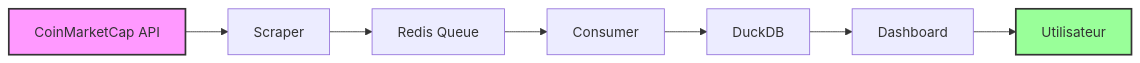
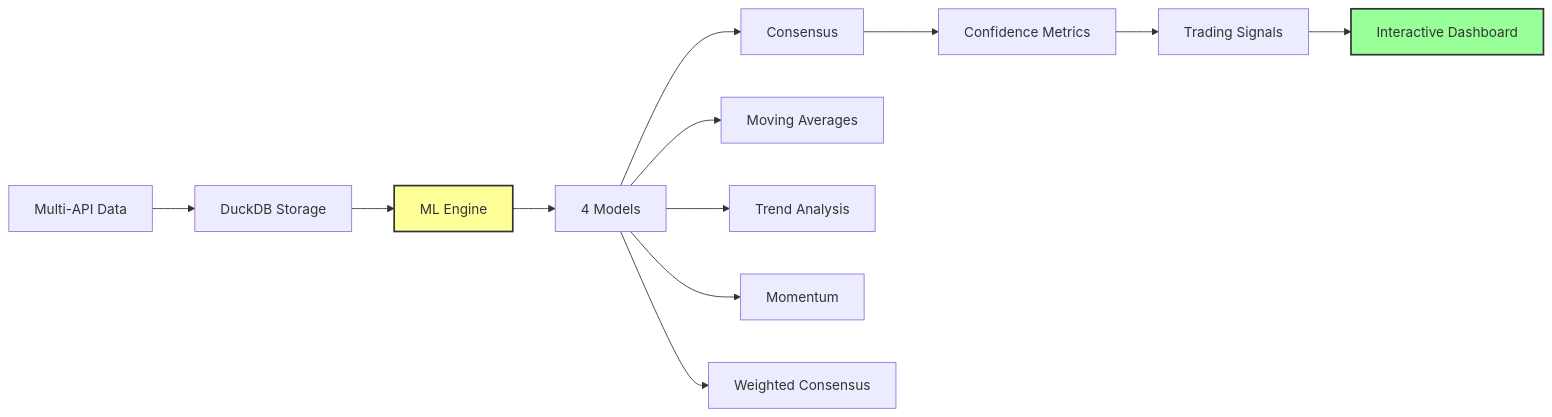
Before and after one commit to guarneriAnthony/crypto-viz: the diagram in README.md, drawn with Mermaid. The commit also changed other lines of this file, not shown here.

````diff
--- a/README.md
+++ b/README.md
@@ -123,12 +370,18 @@
 ```mermaid
 graph LR
-    A[CoinMarketCap API] --> B[Scraper]
-    B --> C[Redis Queue]
-    C --> D[Consumer]
-    D --> E[DuckDB]
-    E --> F[Dashboard]
-    F --> G[Utilisateur]
+    A[Multi-API Data] --> B[DuckDB Storage]
+    B --> C[ML Engine]
+    C --> D[4 Models]
+    D --> E[Consensus]
+    E --> F[Confidence Metrics]
+    F --> G[Trading Signals]
+    G --> H[Interactive Dashboard]
     
-    style A fill:#f9f,stroke:#333,stroke-width:2px
-    style G fill:#9f9,stroke:#333,stroke-width:2px
+    D --> D1[Moving Averages]
+    D --> D2[Trend Analysis] 
+    D --> D3[Momentum]
+    D --> D4[Weighted Consensus]
+    
+    style C fill:#ff9,stroke:#333,stroke-width:2px
+    style H fill:#9f9,stroke:#333,stroke-width:2px
 ```
````
